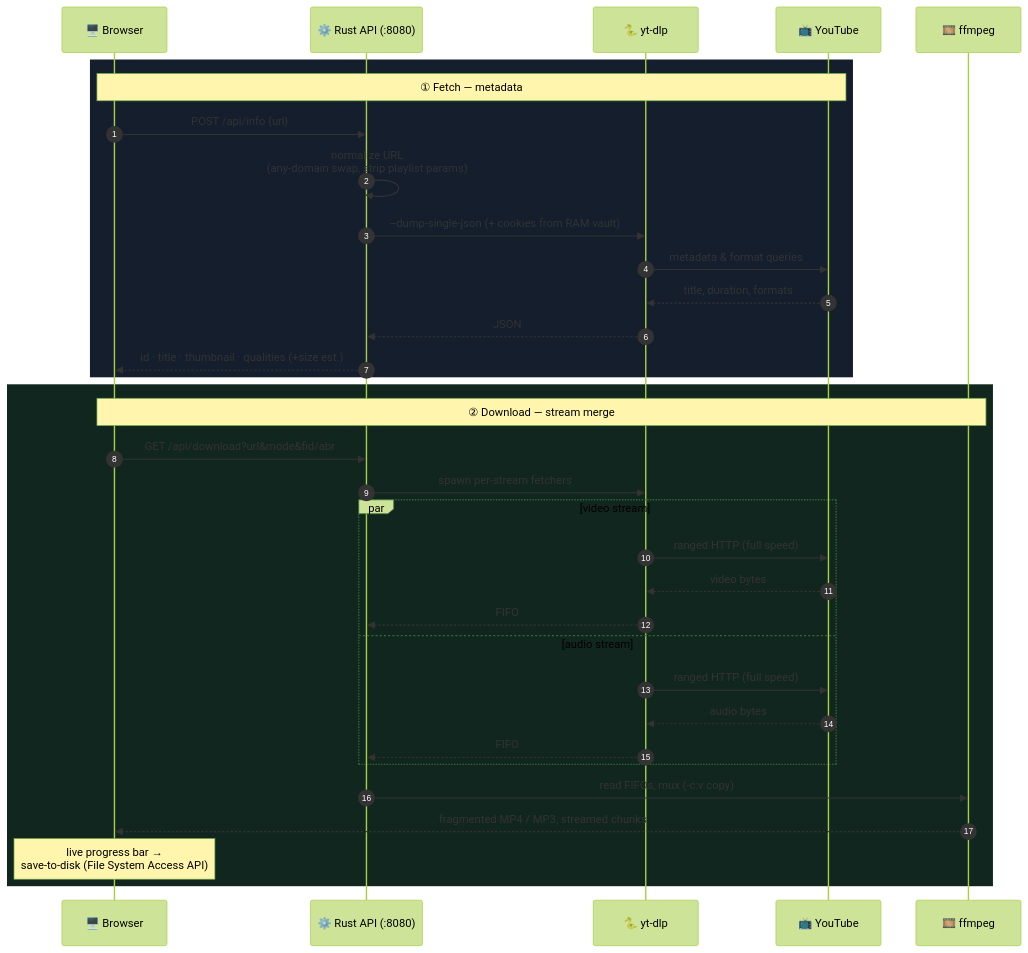
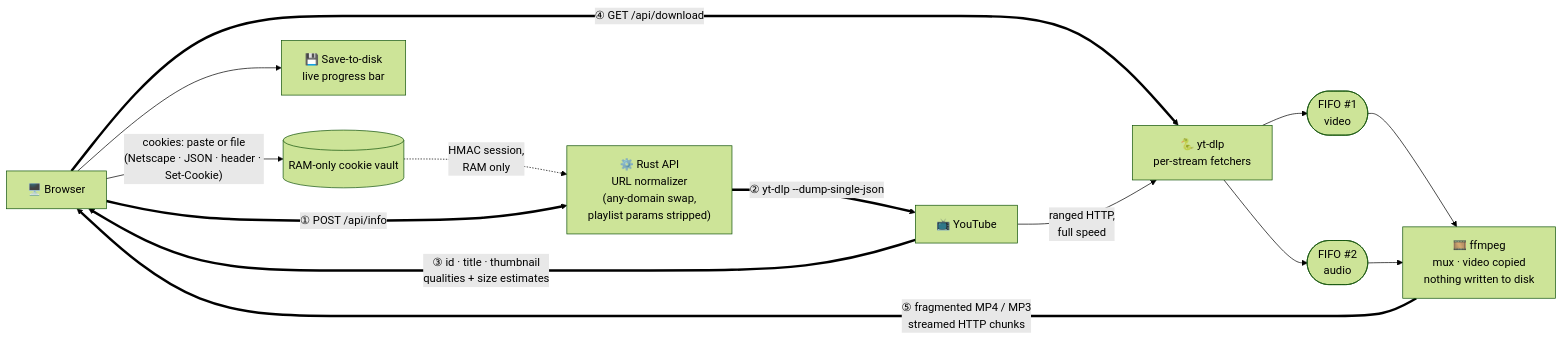
The diagram in README.md (vndangkhoa/kv-dl), drawn with Mermaid (forest theme) before and after one commit.

Commit message:
README: replace dark-rect sequence diagram with theme-safe flowchart

````diff
--- a/README.md
+++ b/README.md
@@ -38,38 +38,28 @@
 ```mermaid
-sequenceDiagram
-    autonumber
-    participant B as 🖥️ Browser
-    participant A as ⚙️ Rust API (:8080)
-    participant Y as 🐍 yt-dlp
-    participant U as 📺 YouTube
-    participant F as 🎞️ ffmpeg
+flowchart LR
+    B["🖥️ Browser"]
+    V[("RAM-only cookie vault")]
+    A["⚙️ Rust API<br/>URL normalizer<br/>(any-domain swap,<br/>playlist params stripped)"]
+    U["📺 YouTube"]
+    Y["🐍 yt-dlp<br/>per-stream fetchers"]
+    P1(["FIFO #1<br/>video"])
+    P2(["FIFO #2<br/>audio"])
+    F["🎞️ ffmpeg<br/>mux · video copied<br/>nothing written to disk"]
+    S["💾 Save-to-disk<br/>live progress bar"]
 
-    rect rgb(20, 30, 45)
-    Note over B,U: ① Fetch — metadata
-    B->>A: POST /api/info {url}
-    A->>A: normalize URL<br/>(any-domain swap, strip playlist params)
-    A->>Y: --dump-single-json (+ cookies from RAM vault)
-    Y->>U: metadata & format queries
-    U-->>Y: title, duration, formats
-    Y-->>A: JSON
-    A-->>B: id · title · thumbnail · qualities (+size est.)
-    end
+    B -- "cookies: paste or file<br/>(Netscape · JSON · header · Set-Cookie)" --> V
+    V -.->|"HMAC session,<br/>RAM only"| A
 
-    rect rgb(18, 38, 32)
-    Note over B,F: ② Download — stream merge
-    B->>A: GET /api/download?url&mode&fid/abr
-    A->>Y: spawn per-stream fetchers
-    par video stream
-        Y->>U: ranged HTTP (full speed)
-        U-->>Y: video bytes
-        Y-->>A: FIFO #1
-    and audio stream
-        Y->>U: ranged HTTP (full speed)
-        U-->>Y: audio bytes
-        Y-->>A: FIFO #2
-    end
-    A->>F: read FIFOs, mux (-c:v copy)
-    F-->>B: fragmented MP4 / MP3, streamed chunks
-    Note over B: live progress bar →<br/>save-to-disk (File System Access API)
-    end
+    B ==>|"① POST /api/info"| A
+    A ==>|"② yt-dlp --dump-single-json"| U
+    U ==>|"③ id · title · thumbnail<br/>qualities + size estimates"| B
+
+    B ==>|"④ GET /api/download"| Y
+    U -->|"ranged HTTP,<br/>full speed"| Y
+    Y --> P1
+    Y --> P2
+    P1 --> F
+    P2 --> F
+    F ==>|"⑤ fragmented MP4 / MP3<br/>streamed HTTP chunks"| B
+    B --> S
 ```
````
